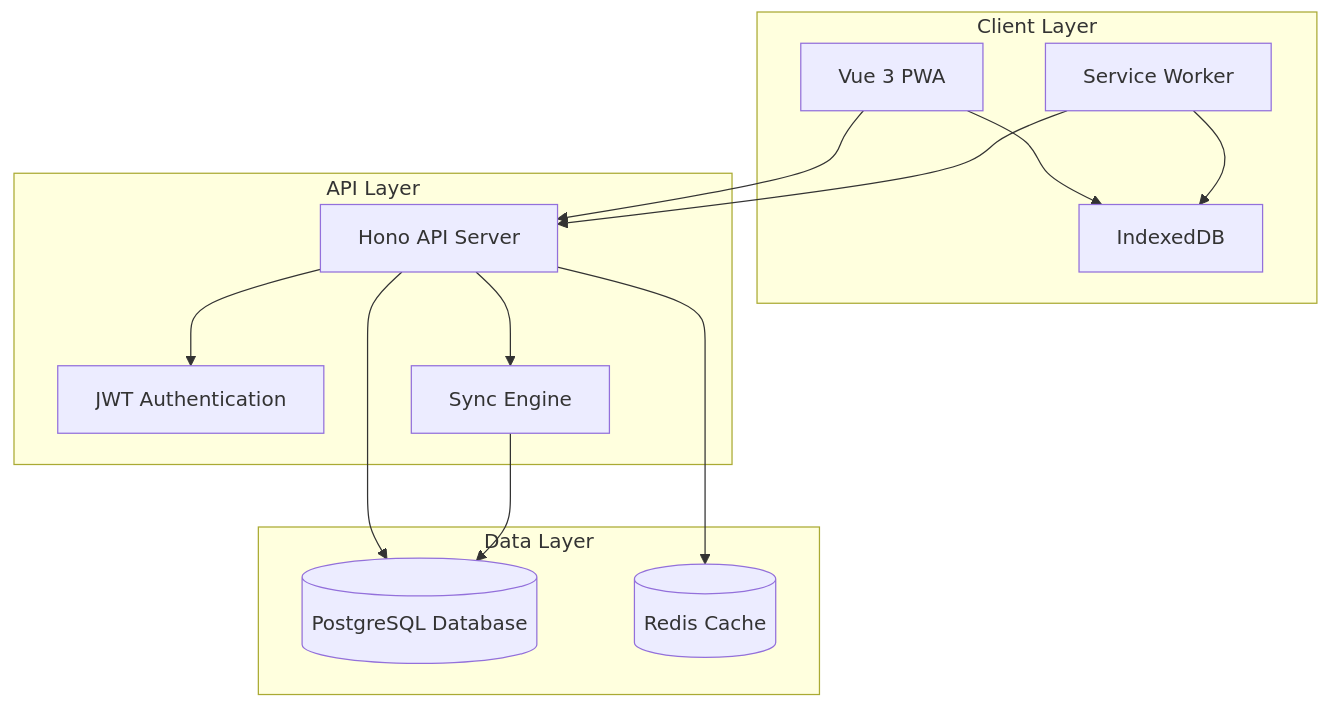
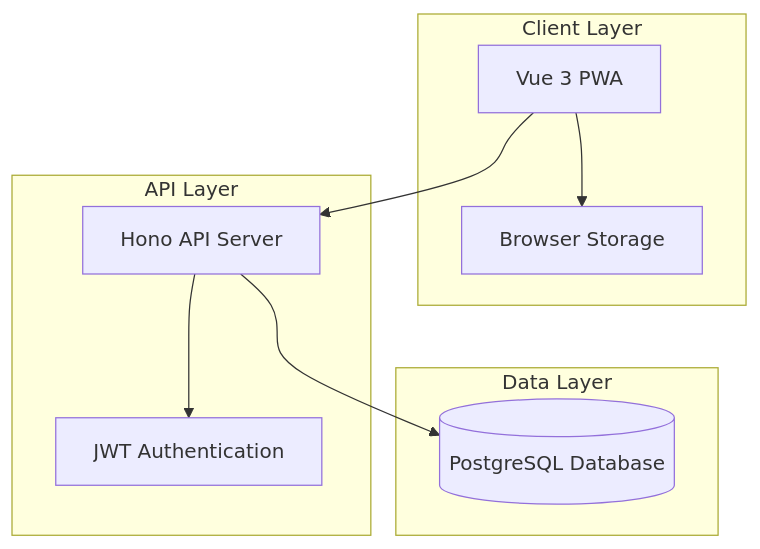
One commit to bawas07/daily-progress-dashboard changed the second of 3 diagrams in docs/specs/daily-progress-phase1/design.md. Above: the diagram before and after it, drawn with Mermaid. The commit also changed other lines of this file and 2 other files, not shown here.

Commit message:
feat: update design and requirements documents to reflect changes in architecture and remove sync queue references

````diff
--- a/docs/specs/daily-progress-phase1/design.md
+++ b/docs/specs/daily-progress-phase1/design.md
@@ -87,30 +86,21 @@
 ```mermaid
 graph TB
     subgraph "Client Layer"
         PWA[Vue 3 PWA]
-        IDB[IndexedDB]
-        SW[Service Worker]
+        BROWSER[Browser Storage]
     end
     
     subgraph "API Layer"
         API[Hono API Server]
         AUTH[JWT Authentication]
-        SYNC[Sync Engine]
     end
     
     subgraph "Data Layer"
         DB[(PostgreSQL Database)]
-        REDIS[(Redis Cache)]
     end
     
     PWA --> API
-    PWA --> IDB
-    SW --> IDB
-    SW --> API
+    PWA --> BROWSER
     API --> AUTH
-    API --> SYNC
     API --> DB
-    API --> REDIS
-    
-    SYNC --> DB
 ```
````
